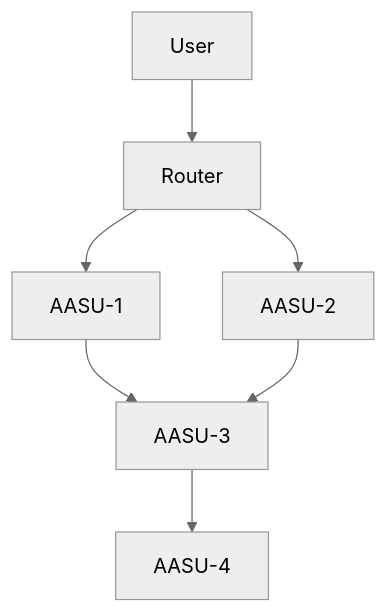
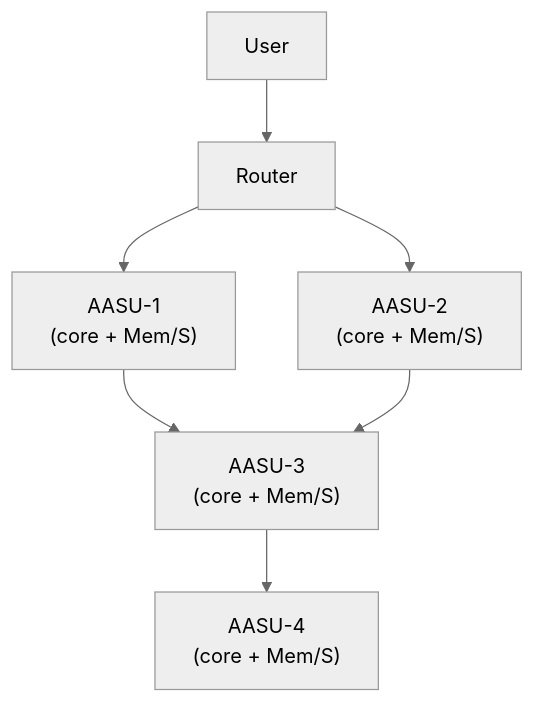
Before and after one commit to SAISec/AASU: the third of 3 diagrams in docs/whitepapers/AASU_White_Paper_Extended_v2_2_Enriched.md, drawn with Mermaid (neutral theme). The commit also changed other lines of this file and 22 other files, not shown here.

Commit message:
Extend AASU PMRTK with memory/skill components and update docs/mermaid

````diff
--- a/docs/whitepapers/AASU_White_Paper_Extended_v2_2_Enriched.md
+++ b/docs/whitepapers/AASU_White_Paper_Extended_v2_2_Enriched.md
@@ -98,9 +101,9 @@
 ``` mermaid
 flowchart TD
     User --> Router
-    Router --> A1[AASU-1]
-    Router --> A2[AASU-2]
-    A1 --> B1[AASU-3]
+    Router --> A1["AASU-1<br/>(core + Mem/S)"]
+    Router --> A2["AASU-2<br/>(core + Mem/S)"]
+    A1 --> B1["AASU-3<br/>(core + Mem/S)"]
     A2 --> B1
-    B1 --> C1[AASU-4]
+    B1 --> C1["AASU-4<br/>(core + Mem/S)"]
 ```
````
